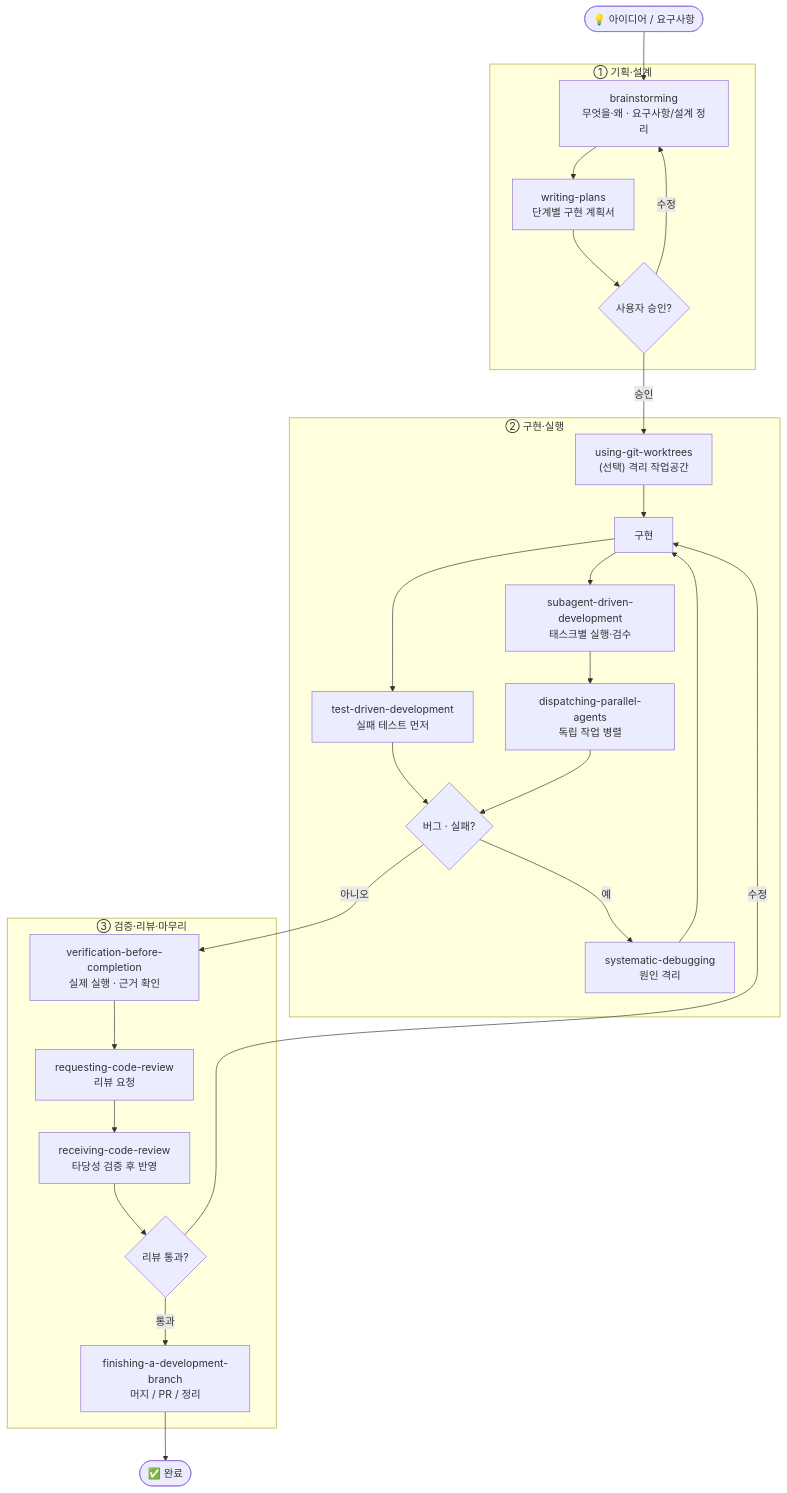
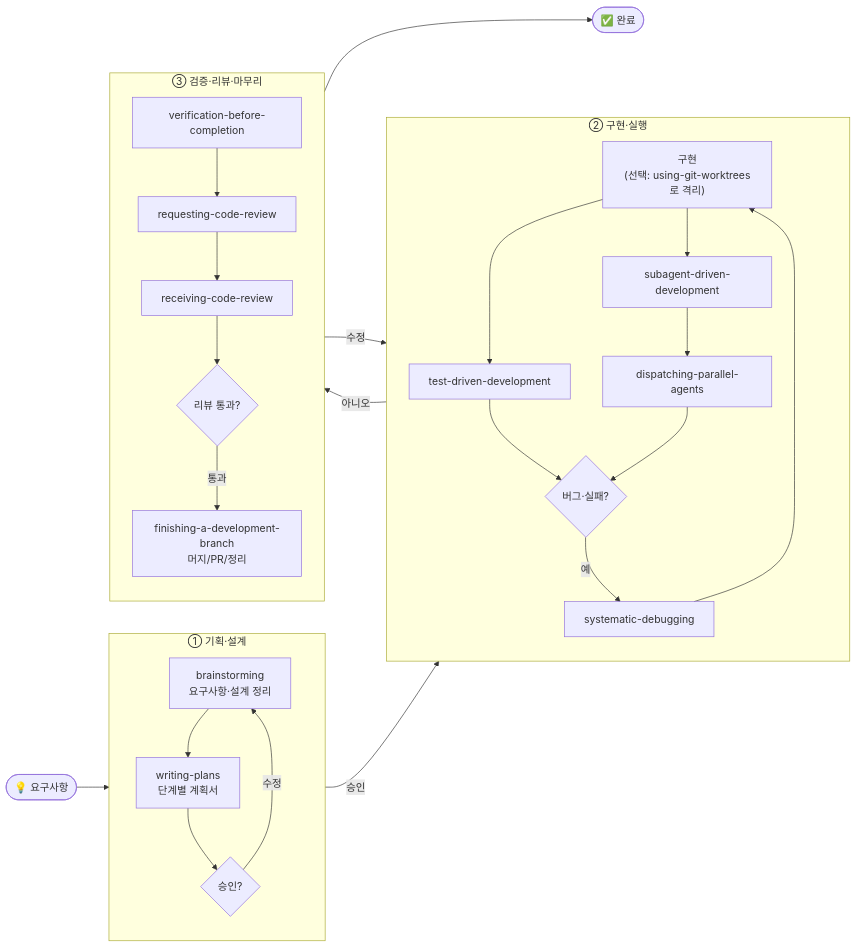
The diagram in harnesses/superpowers.md (uuuhyun/claude-code-harness-guide), drawn with Mermaid before and after one commit.

Commit message:
docs: superpowers 흐름도 가로(LR) 레이아웃으로 변경

````diff
--- a/harnesses/superpowers.md
+++ b/harnesses/superpowers.md
@@ -55,38 +55,47 @@
 ```mermaid
-flowchart TD
-    START(["💡 아이디어 / 요구사항"])
+flowchart LR
+    START(["💡 요구사항"])
+
     subgraph PLAN["① 기획·설계"]
-        BS["brainstorming<br/>무엇을·왜 · 요구사항/설계 정리"]
-        WP["writing-plans<br/>단계별 구현 계획서"]
-        APPROVE{"사용자 승인?"}
+        direction TB
+        BS["brainstorming<br/>요구사항·설계 정리"]
+        WP["writing-plans<br/>단계별 계획서"]
+        APPROVE{"승인?"}
+        BS --> WP --> APPROVE
+        APPROVE -->|수정| BS
     end
+
     subgraph DEV["② 구현·실행"]
-        WT["using-git-worktrees<br/>(선택) 격리 작업공간"]
-        IMPL["구현"]
-        TDD["test-driven-development<br/>실패 테스트 먼저"]
-        SDD["subagent-driven-development<br/>태스크별 실행·검수"]
-        DPA["dispatching-parallel-agents<br/>독립 작업 병렬"]
-        BUG{"버그 · 실패?"}
-        DBG["systematic-debugging<br/>원인 격리"]
+        direction TB
+        IMPL["구현<br/>(선택: using-git-worktrees로 격리)"]
+        TDD["test-driven-development"]
+        SDD["subagent-driven-development"]
+        DPA["dispatching-parallel-agents"]
+        BUG{"버그·실패?"}
+        DBG["systematic-debugging"]
+        IMPL --> TDD & SDD
+        SDD --> DPA
+        TDD --> BUG
+        DPA --> BUG
+        BUG -->|예| DBG --> IMPL
     end
+
     subgraph SHIP["③ 검증·리뷰·마무리"]
-        VER["verification-before-completion<br/>실제 실행 · 근거 확인"]
-        REQ["requesting-code-review<br/>리뷰 요청"]
-        REC["receiving-code-review<br/>타당성 검증 후 반영"]
+        direction TB
+        VER["verification-before-completion"]
+        REQ["requesting-code-review"]
+        REC["receiving-code-review"]
         PASS{"리뷰 통과?"}
-        FIN["finishing-a-development-branch<br/>머지 / PR / 정리"]
+        FIN["finishing-a-development-branch<br/>머지/PR/정리"]
+        VER --> REQ --> REC --> PASS
+        PASS -->|통과| FIN
     end
+
     DONE(["✅ 완료"])
 
-    START --> BS --> WP --> APPROVE
-    APPROVE -->|"수정"| BS
-    APPROVE -->|"승인"| WT --> IMPL
-    IMPL --> TDD & SDD
-    SDD --> DPA
-    TDD --> BUG
-    DPA --> BUG
-    BUG -->|"예"| DBG --> IMPL
-    BUG -->|"아니오"| VER --> REQ --> REC --> PASS
-    PASS -->|"수정"| IMPL
-    PASS -->|"통과"| FIN --> DONE
+    START --> BS
+    APPROVE -->|승인| IMPL
+    BUG -->|아니오| VER
+    PASS -->|수정| IMPL
+    FIN --> DONE
 ```
````
